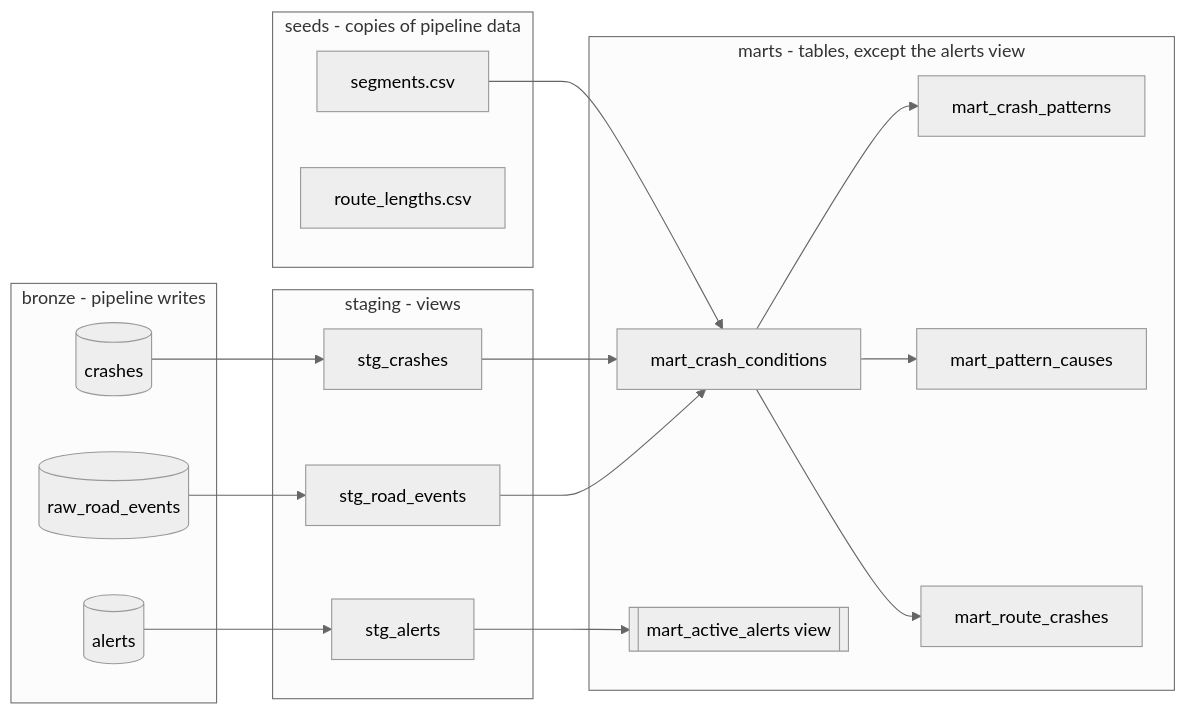
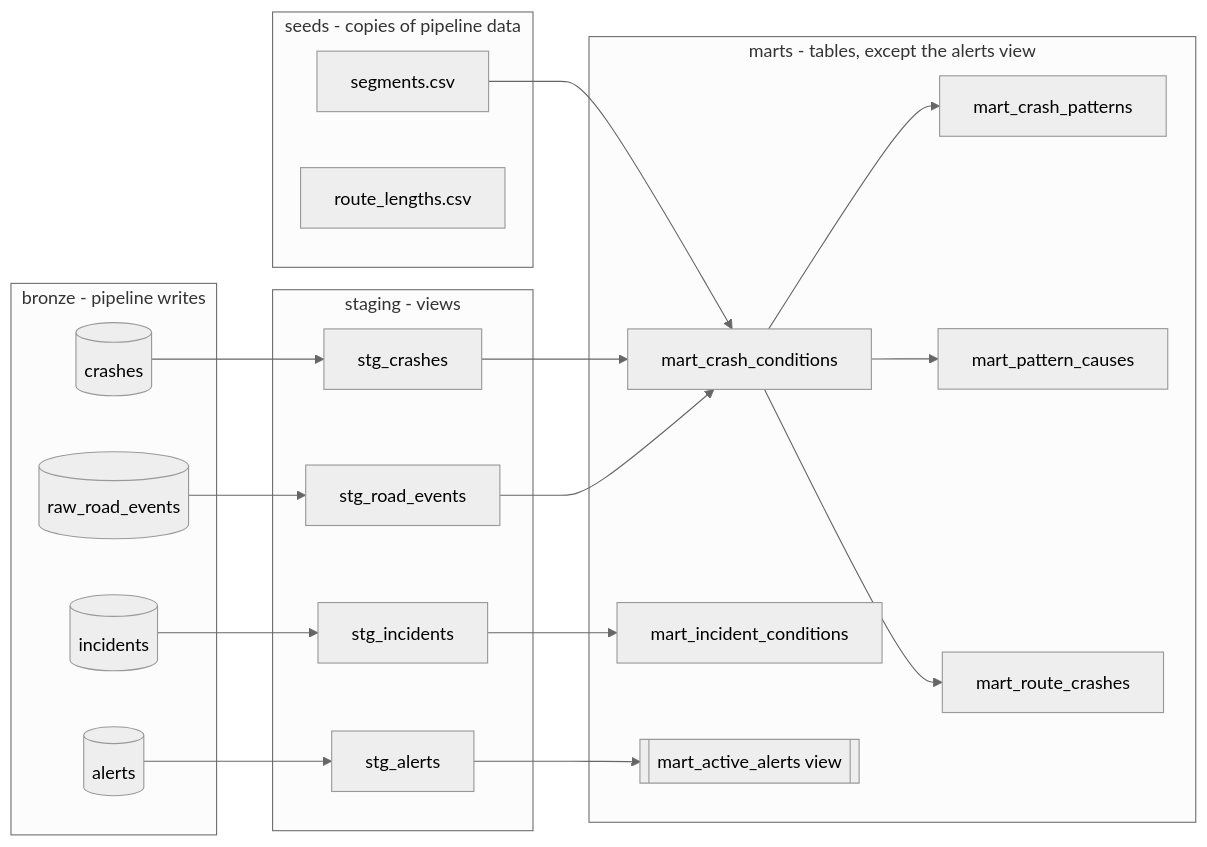
One commit to mariekarpinska/sierra-pass-watch changed the diagram in docs/warehouse.md. Above: the diagram before and after it, drawn with Mermaid (neutral theme). The commit also changed other lines of this file and 44 other files, not shown here.

````diff
--- a/docs/warehouse.md
+++ b/docs/warehouse.md
@@ -12,32 +12,36 @@
 ```mermaid
 flowchart LR
   subgraph bronze [bronze - pipeline writes]
     RRE[(raw_road_events)]
     CR[(crashes)]
     AL[(alerts)]
+    IN[(incidents)]
   end
   subgraph seeds [seeds - copies of pipeline data]
     SEG[segments.csv]
     RL[route_lengths.csv]
   end
   subgraph staging [staging - views]
     SRE[stg_road_events]
     SCR[stg_crashes]
     SAL[stg_alerts]
+    SIN[stg_incidents]
   end
   subgraph marts [marts - tables, except the alerts view]
     MCC[mart_crash_conditions]
     MCP[mart_crash_patterns]
     MPC[mart_pattern_causes]
     MRC[mart_route_crashes]
+    MIC[mart_incident_conditions]
     MAA[[mart_active_alerts view]]
   end
 
   RRE --> SRE --> MCC
   CR --> SCR --> MCC
   AL --> SAL --> MAA
+  IN --> SIN --> MIC
   SEG --> MCC
   MCC --> MCP
   MCC --> MPC
   MCC --> MRC
 ```
````
